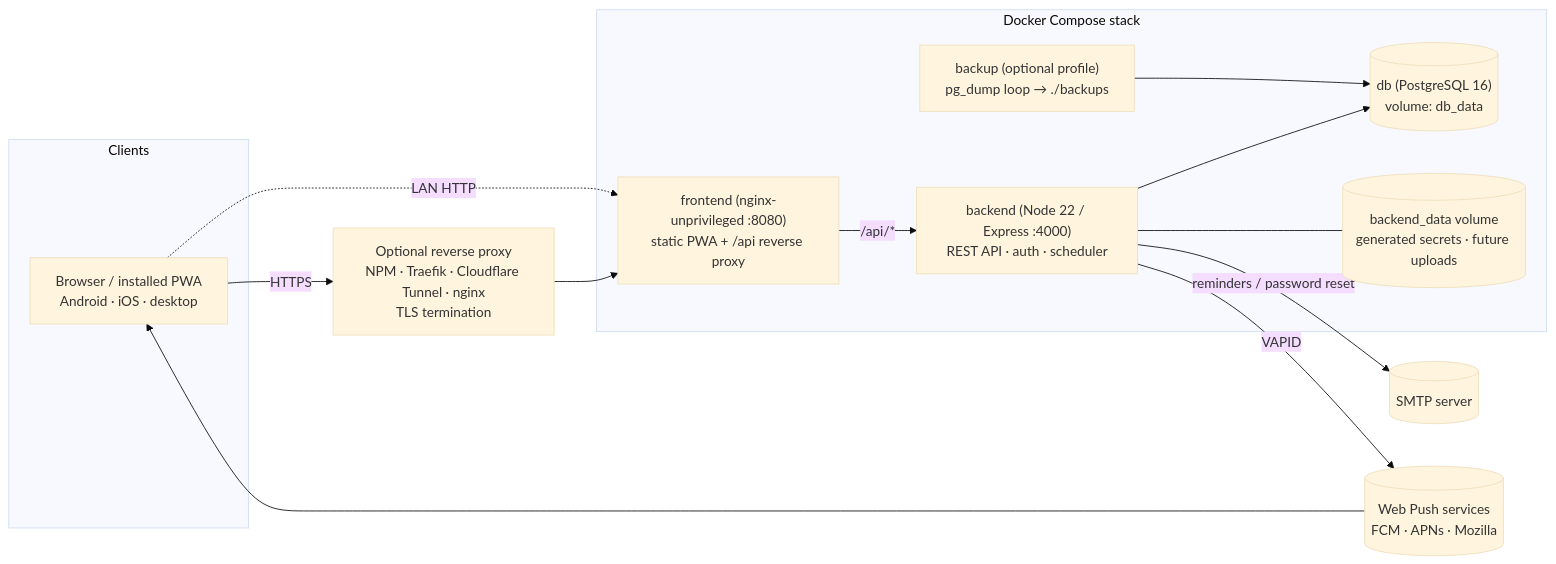
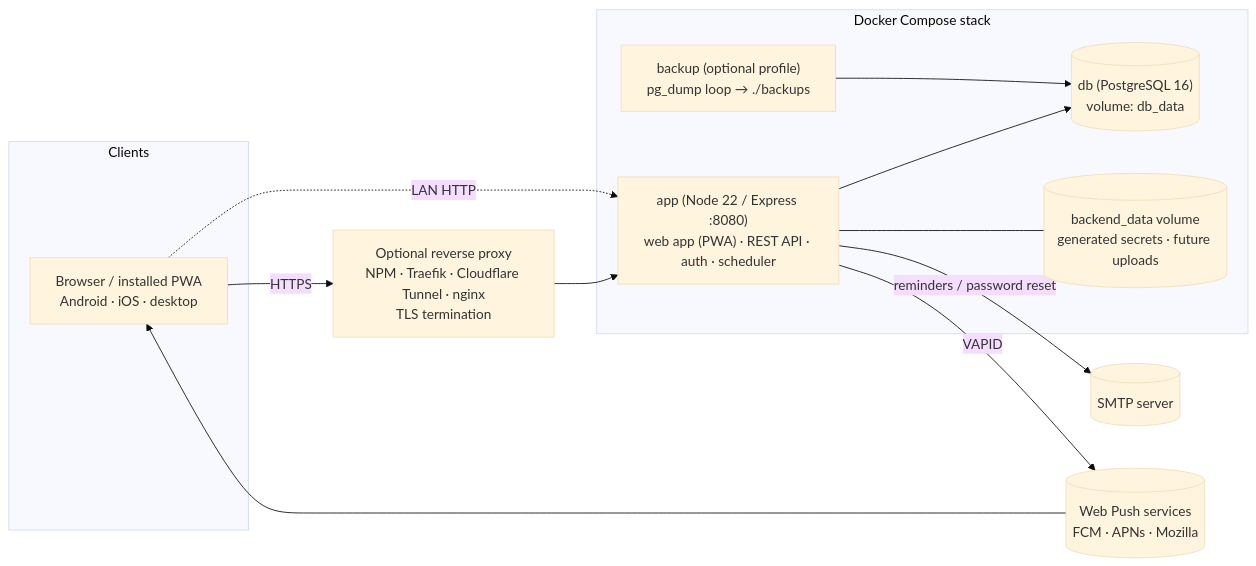
The first of 2 diagrams in docs/ARCHITECTURE.md (Skrunder/billflow), drawn with Mermaid (base theme) before and after one commit. The commit also changed other lines of this file and 28 other files, not shown here.

First line of the commit message:
1.6.0: ship as one image (API serves the web app; nginx container removed)

````diff
--- a/docs/ARCHITECTURE.md
+++ b/docs/ARCHITECTURE.md
@@ -5,25 +5,23 @@
 ```mermaid
 flowchart LR
   subgraph Clients
     B[Browser / installed PWA<br/>Android · iOS · desktop]
   end
   RP[Optional reverse proxy<br/>NPM · Traefik · Cloudflare Tunnel · nginx<br/>TLS termination]
   subgraph Docker Compose stack
-    FE["frontend (nginx-unprivileged :8080)<br/>static PWA + /api reverse proxy"]
-    BE["backend (Node 22 / Express :4000)<br/>REST API · auth · scheduler"]
+    BE["app (Node 22 / Express :8080)<br/>web app (PWA) · REST API · auth · scheduler"]
     DB[("db (PostgreSQL 16)<br/>volume: db_data")]
     BK["backup (optional profile)<br/>pg_dump loop → ./backups"]
     VOL[("backend_data volume<br/>generated secrets · future uploads")]
   end
   SMTP[(SMTP server)]
   PUSH[(Web Push services<br/>FCM · APNs · Mozilla)]
 
-  B -- HTTPS --> RP --> FE
-  B -. LAN HTTP .-> FE
-  FE -- /api/* --> BE
+  B -- HTTPS --> RP --> BE
+  B -. LAN HTTP .-> BE
   BE --> DB
   BE --- VOL
   BK --> DB
   BE -- reminders / password reset --> SMTP
   BE -- VAPID --> PUSH --> B
 ```
````
